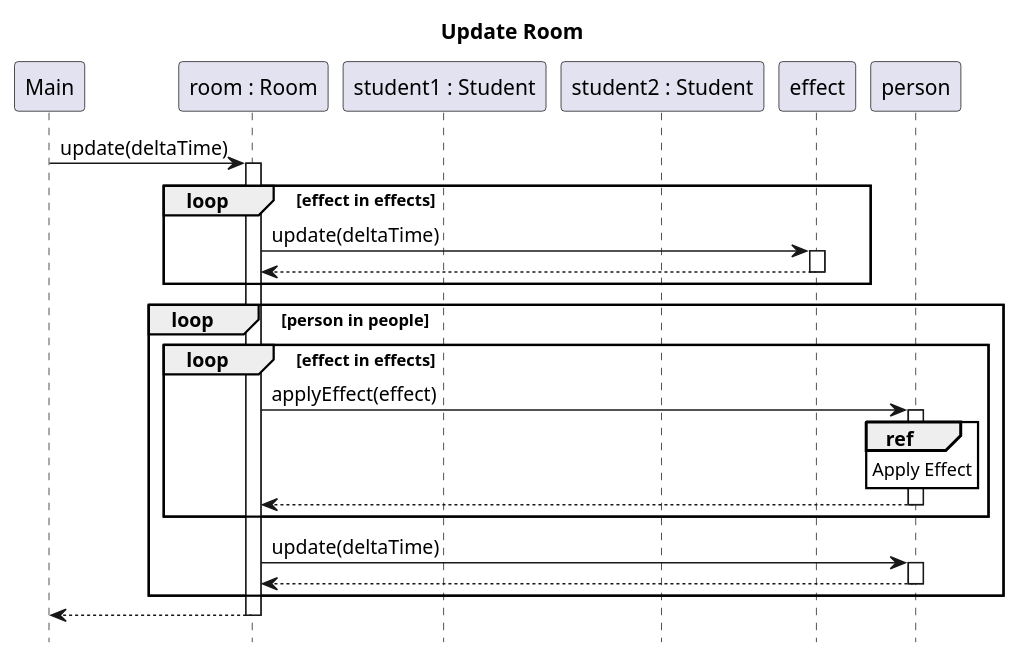
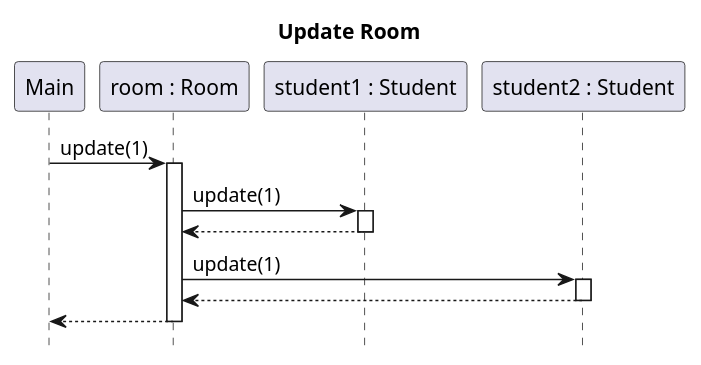
One commit to sn4k3ch4rm3r/logarlec changed the diagram in docs/diagrams/test-sequence/room-update-no-teachers.puml. Above: the diagram before and after it, drawn with PlantUML. The commit also changed 1 other file, not shown here.

```diff
--- a/docs/diagrams/test-sequence/room-update-no-teachers.puml
+++ b/docs/diagrams/test-sequence/room-update-no-teachers.puml
@@ -1,28 +1,19 @@
 @startuml room-update
 title Update Room
 hide footbox
 autoactivate on
 skinparam SequenceReferenceBackgroundColor white
 
 participant Main
 participant "room : Room" as room
 participant "student1 : Student" as s1
 participant "student2 : Student" as s2
 
-Main -> room : update(deltaTime)
-	loop effect in effects
-		room -> effect : update(deltaTime)
-		return
-	end
-	loop person in people
-		loop effect in effects
-			room -> person ++: applyEffect(effect)
-				ref over person: Apply Effect
-			return
-		end
-		room -> person : update(deltaTime)
-		return
-	end
+Main -> room : update(1)
+    room -> s1 : update(1)
+    return
+    room -> s2 : update(1)
+    return
 return
 
 @enduml
```
